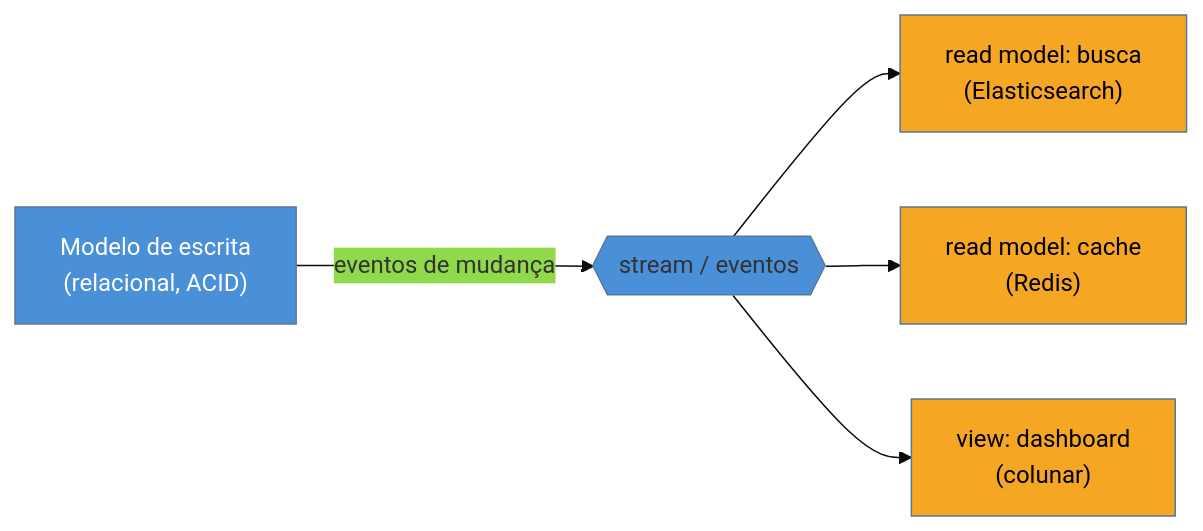
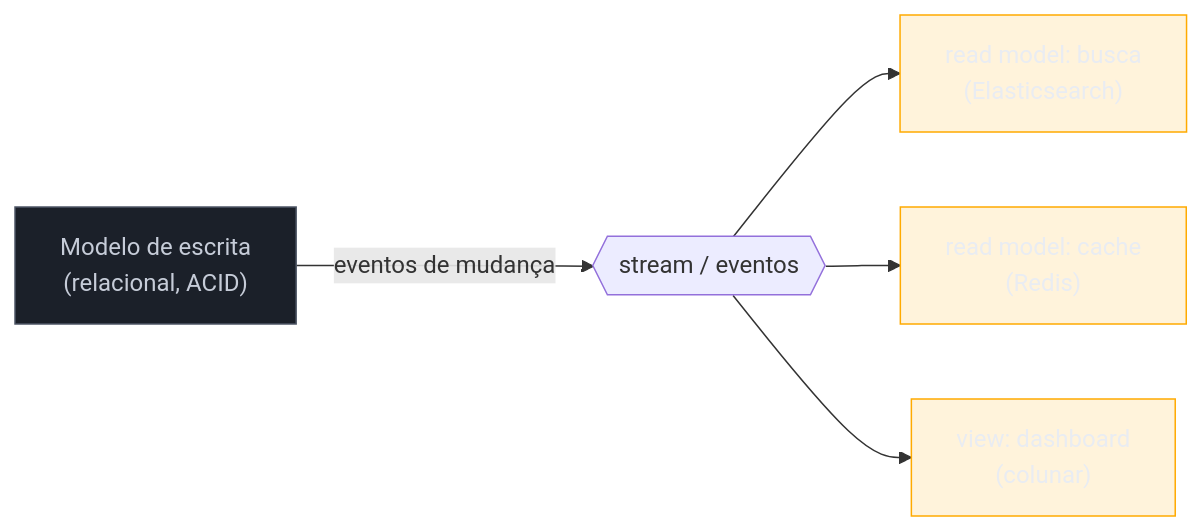
One commit to josenaldo/codex-technomanticus changed the diagram in 03-Dominios/Engenharia/Design de Software/Padrões de Projeto/Acesso a Dados/15 - Polyglot persistence e materialized views.md. Above: the diagram before and after it, drawn with Mermaid. The commit also changed 1181 other files, not shown here.

First line of the commit message:
fix(diagramas): paleta do sistema no lugar de cor cravada no markdown

````diff
--- a/03-Dominios/Engenharia/Design de Software/Padrões de Projeto/Acesso a Dados/15 - Polyglot persistence e materialized views.md
+++ b/03-Dominios/Engenharia/Design de Software/Padrões de Projeto/Acesso a Dados/15 - Polyglot persistence e materialized views.md
@@ -38,13 +38,14 @@
 ```mermaid
-%%{init: {"theme": "base", "themeVariables": {"primaryColor": "#4A90D9"}}}%%
 graph LR
+    classDef neutro fill:#1B2029,stroke:#4E5666,color:#C6CCD8
+    classDef destaque fill:#FFAA0024,stroke:#FFAA00,color:#E9ECF2
     W["Modelo de escrita<br/>(relacional, ACID)"] -->|"eventos de mudança"| BUS{{"stream / eventos"}}
     BUS --> R1["read model: busca<br/>(Elasticsearch)"]
     BUS --> R2["read model: cache<br/>(Redis)"]
     BUS --> R3["view: dashboard<br/>(colunar)"]
 
-    style W fill:#4A90D9,color:#fff
-    style R1 fill:#F5A623,color:#000
-    style R2 fill:#F5A623,color:#000
-    style R3 fill:#F5A623,color:#000
+    class W neutro
+    class R1 destaque
+    class R2 destaque
+    class R3 destaque
 ```
````
